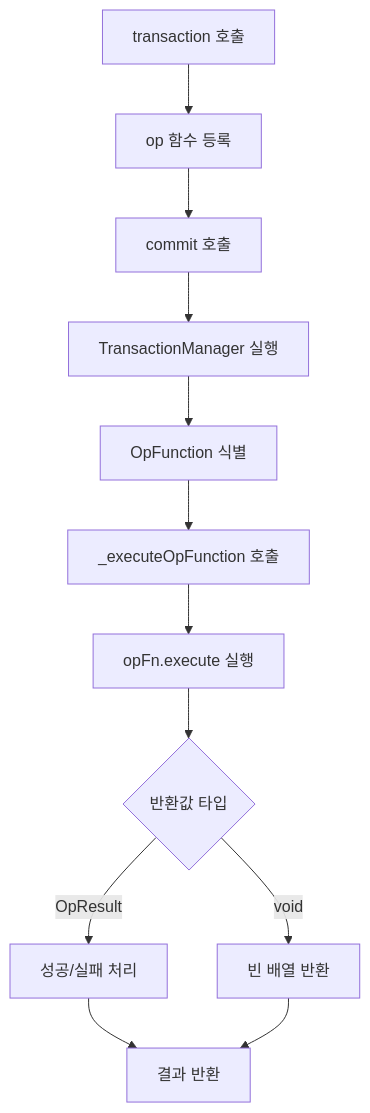
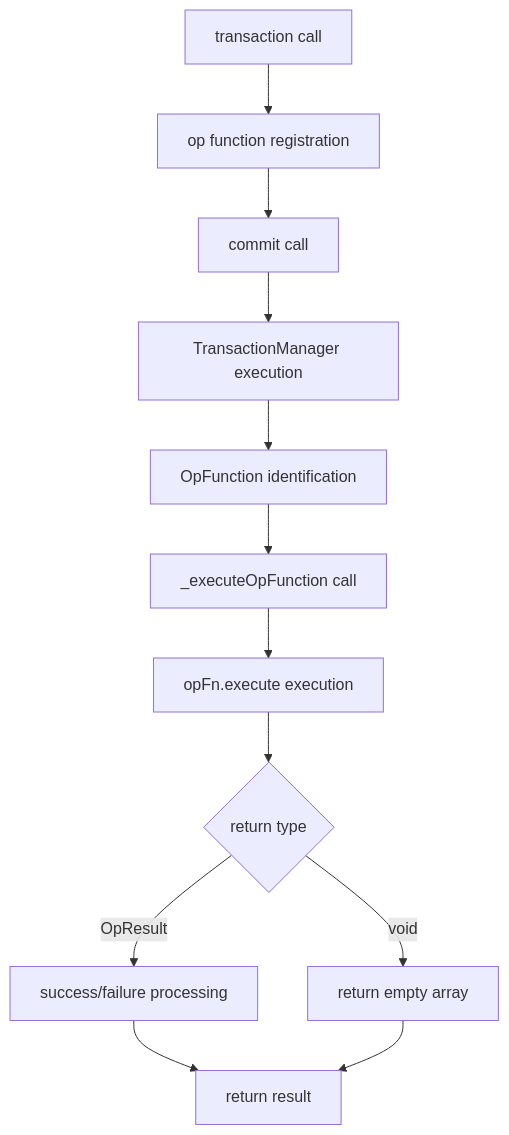
One commit to barocss/barocss-editor changed the diagram in paper/plan/op-function-dsl-spec.md. Above: the diagram before and after it, drawn with Mermaid. The commit also changed other lines of this file and 147 other files, not shown here.

````diff
--- a/paper/plan/op-function-dsl-spec.md
+++ b/paper/plan/op-function-dsl-spec.md
@@ -195,14 +195,14 @@
 ```mermaid
 graph TD
-    A[transaction 호출] --> B[op 함수 등록]
-    B --> C[commit 호출]
-    C --> D[TransactionManager 실행]
-    D --> E[OpFunction 식별]
-    E --> F[_executeOpFunction 호출]
-    F --> G[opFn.execute 실행]
-    G --> H{반환값 타입}
-    H -->|OpResult| I[성공/실패 처리]
-    H -->|void| J[빈 배열 반환]
-    I --> K[결과 반환]
+    A[transaction call] --> B[op function registration]
+    B --> C[commit call]
+    C --> D[TransactionManager execution]
+    D --> E[OpFunction identification]
+    E --> F[_executeOpFunction call]
+    F --> G[opFn.execute execution]
+    G --> H{return type}
+    H -->|OpResult| I[success/failure processing]
+    H -->|void| J[return empty array]
+    I --> K[return result]
     J --> K
 ```
````
